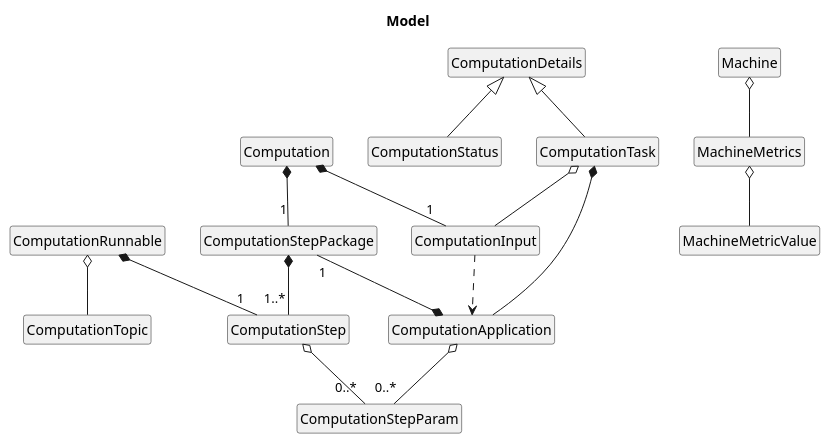
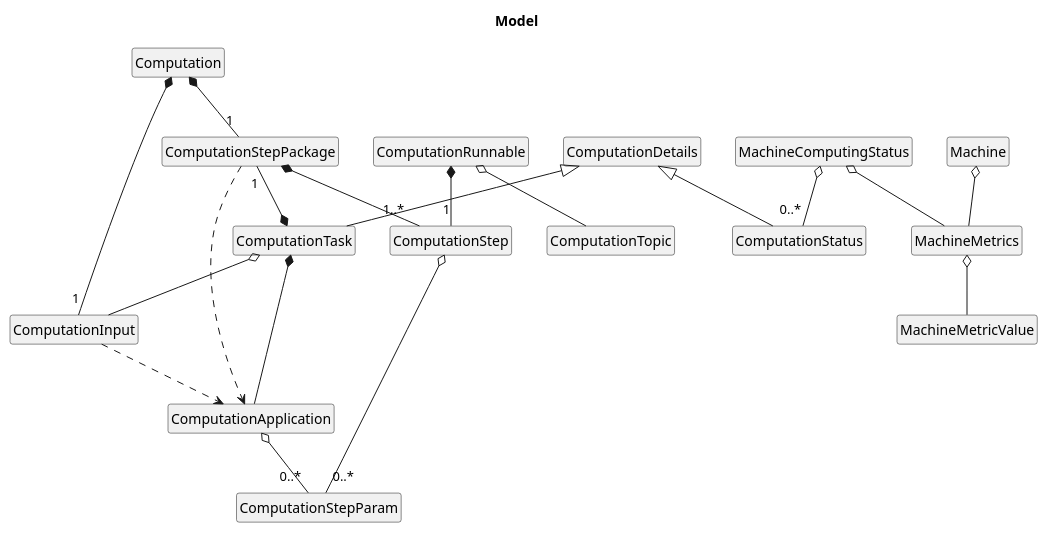
Before and after one commit to Plan-B-PO/docs: the diagram in model/entities.puml, drawn with PlantUML. The commit also changed 3 other files, not shown here.

Commit message:
Sync architecture and model

```diff
--- a/model/entities.puml
+++ b/model/entities.puml
@@ -1,38 +1,45 @@
 @startuml
     title Model
 
     hide class circle
     hide class fields
     hide class methods
+    hide enum circle
+    hide enum fields
+    hide enum methods
 
     class ComputationTask
     class ComputationApplication
     class ComputationInput
     class ComputationStep
     class ComputationStepPackage
     class ComputationStepParam
     class ComputationRunnable
     class ComputationTopic
     class Computation
-    class ComputationStatus
+    enum ComputationStatus
     class ComputationDetails
+    class MachineComputingStatus
     class Machine
     class MachineMetrics
     class MachineMetricValue
 
     ComputationDetails <|-- ComputationTask
     ComputationDetails <|-- ComputationStatus
     ComputationTask *-- ComputationApplication
     ComputationTask o-- ComputationInput
     ComputationApplication o-- "0..*" ComputationStepParam
     ComputationInput ..> ComputationApplication
     ComputationStepPackage *-- "1..*" ComputationStep
-    ComputationStepPackage "1" --* ComputationApplication
+    ComputationStepPackage ..> ComputationApplication
+    ComputationStepPackage "1" -do-* ComputationTask
     ComputationStep o-- "0..*" ComputationStepParam
     ComputationRunnable *-- "1" ComputationStep
     ComputationRunnable o-- ComputationTopic
     Computation *-- "1"ComputationStepPackage
     Computation *-- "1" ComputationInput
     Machine o-- MachineMetrics
     MachineMetrics o-- MachineMetricValue
+    MachineComputingStatus o-- MachineMetrics
+    MachineComputingStatus o-- "0..*" ComputationStatus
 @enduml
```
